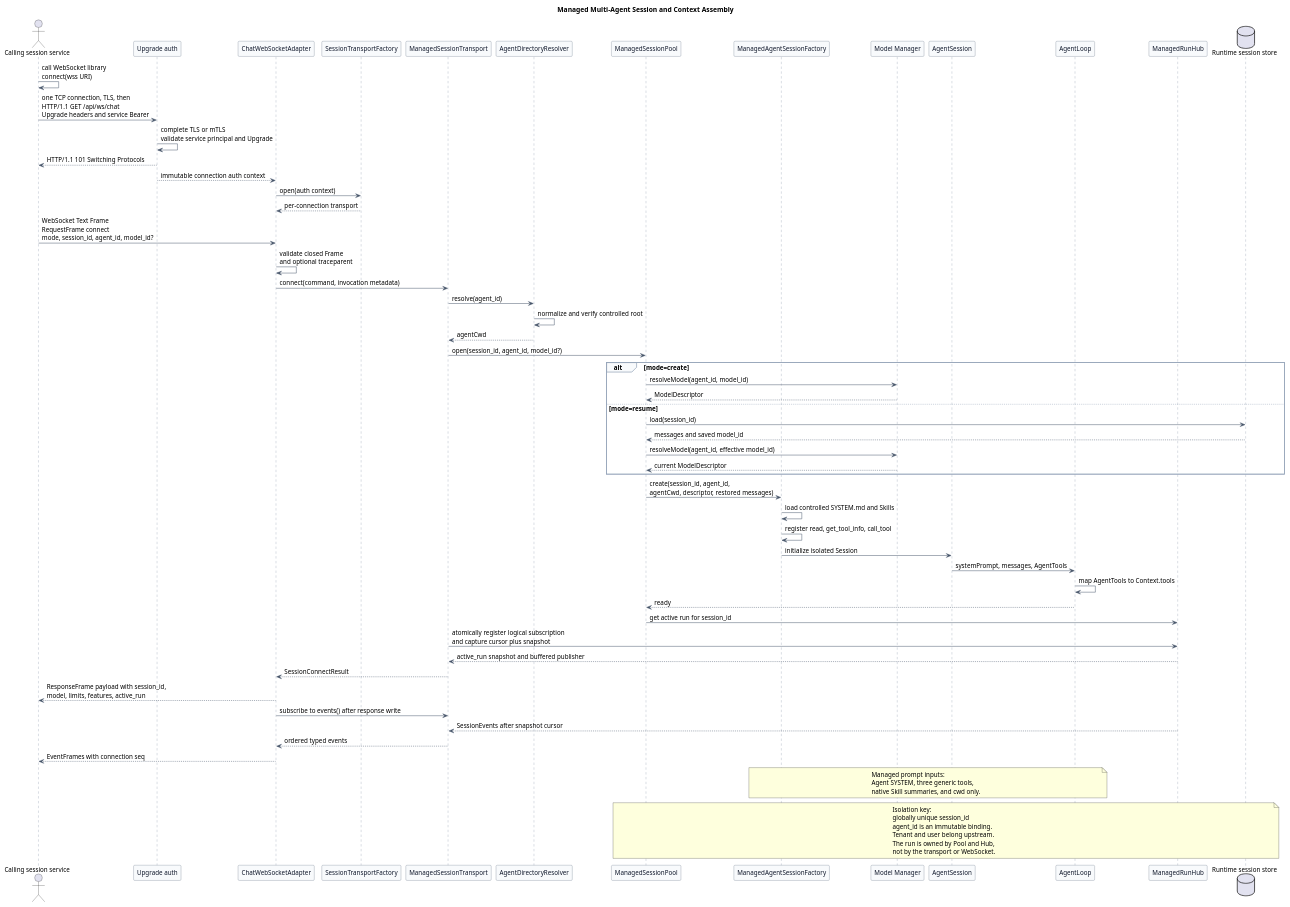
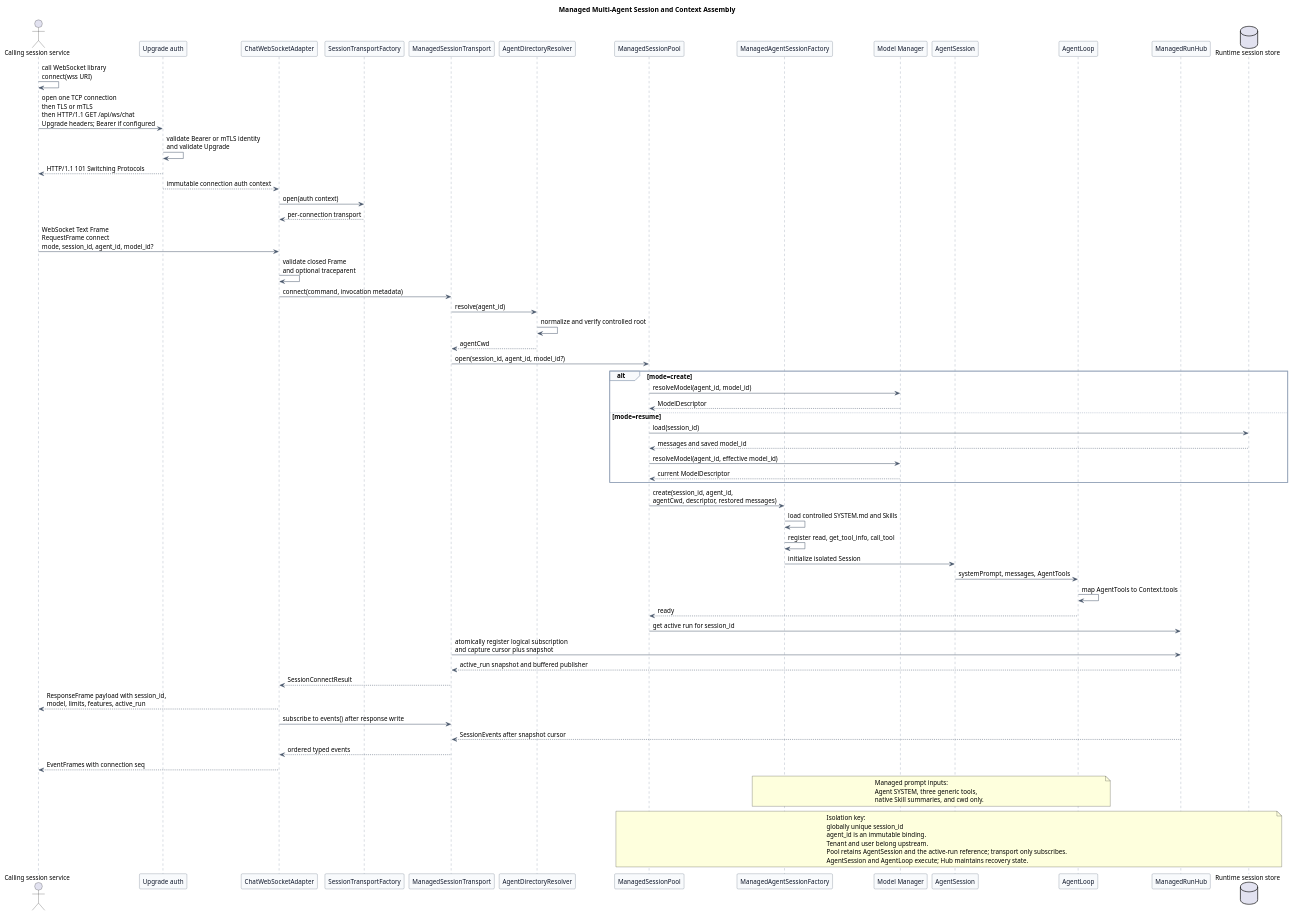
One commit to superheromeZzh/pi-mono-java-design changed the second of 6 diagrams in pi-mono-java-manager-driven-multi-agent-runtime/diagram.puml. Above: the diagram before and after it, drawn with PlantUML. The commit also changed other lines of this file and 8 other files, not shown here.

```diff
--- a/pi-mono-java-manager-driven-multi-agent-runtime/diagram.puml
+++ b/pi-mono-java-manager-driven-multi-agent-runtime/diagram.puml
@@ -77,107 +77,107 @@
 @startuml managed_session_context_assembly
 title Managed Multi-Agent Session and Context Assembly
 
 ' Source evidence:
 ' pi-mono packages/ai/src/types.ts: Context
 ' pi-mono packages/coding-agent/src/core/system-prompt.ts: buildSystemPrompt
 ' pi-mono-java modules/coding-agent-cli/src/main/java/com/campusclaw/codingagent/session/AgentSession.java: initialize
 ' pi-mono-java modules/coding-agent-cli/src/main/java/com/campusclaw/codingagent/mode/server/SessionPool.java: getOrCreate
 ' pi-mono-java modules/coding-agent-cli/src/main/java/com/campusclaw/codingagent/mode/server/ServerMode.java: websocket route
 ' pi-mono-java modules/coding-agent-cli/src/main/java/com/campusclaw/codingagent/mode/server/ChatWebSocketHandler.java: handle
 ' pi-mono-java modules/agent-core/src/main/java/com/campusclaw/agent/loop/AgentLoop.java: invokeModel, toLlmTools
 ' Observed behavior: Java currently reads conversation_id during Upgrade and uses one base cwd.
 ' Java divergence: v2 authenticates Upgrade and maps closed Frames to a server-side SessionTransport.
 ' Architecture change: ManagedSessionTransport owns logical connection state; WebSocket is an adapter.
 ' Target design: globally unique session_id is the only SessionPool key; tenant and user stay upstream.
 ' Target design: a wss URI starts establishment; HTTP 101 establishes WebSocket transport.
 ' Target design: HTTP Upgrade and the first connect RequestFrame are separate protocol phases.
 ' Design reason: isolate prompt, model, tool, persistence, and run recovery across Agents.
 
 skinparam backgroundColor #FFFFFF
 skinparam shadowing false
 skinparam defaultFontName Arial
 skinparam defaultFontSize 13
 skinparam participant {
   BackgroundColor #F8FAFC
   BorderColor #475569
   FontColor #0F172A
 }
 skinparam ArrowColor #475569
 skinparam sequence {
   LifeLineBorderColor #64748B
   LifeLineBackgroundColor #F8FAFC
   GroupBorderColor #94A3B8
   GroupBackgroundColor #F8FAFC
 }
 
 actor "Calling session service" as Client
 participant "Upgrade auth" as Auth
 participant "ChatWebSocketAdapter" as WS
 participant "SessionTransportFactory" as TransportFactory
 participant "ManagedSessionTransport" as Transport
 participant "AgentDirectoryResolver" as Resolver
 participant "ManagedSessionPool" as Pool
 participant "ManagedAgentSessionFactory" as Factory
 participant "Model Manager" as ModelManager
 participant "AgentSession" as Session
 participant "AgentLoop" as Loop
 participant "ManagedRunHub" as Hub
 database "Runtime session store" as Store
 
 Client -> Client : call WebSocket library\nconnect(wss URI)
-Client -> Auth : one TCP connection, TLS, then\nHTTP/1.1 GET /api/ws/chat\nUpgrade headers and service Bearer
-Auth -> Auth : complete TLS or mTLS\nvalidate service principal and Upgrade
+Client -> Auth : open one TCP connection\nthen TLS or mTLS\nthen HTTP/1.1 GET /api/ws/chat\nUpgrade headers; Bearer if configured
+Auth -> Auth : validate Bearer or mTLS identity\nand validate Upgrade
 Auth --> Client : HTTP/1.1 101 Switching Protocols
 Auth --> WS : immutable connection auth context
 WS -> TransportFactory : open(auth context)
 TransportFactory --> WS : per-connection transport
 Client -> WS : WebSocket Text Frame\nRequestFrame connect\nmode, session_id, agent_id, model_id?
 WS -> WS : validate closed Frame\nand optional traceparent
 WS -> Transport : connect(command, invocation metadata)
 Transport -> Resolver : resolve(agent_id)
 Resolver -> Resolver : normalize and verify controlled root
 Resolver --> Transport : agentCwd
 Transport -> Pool : open(session_id, agent_id, model_id?)
 
 alt mode=create
   Pool -> ModelManager : resolveModel(agent_id, model_id)
   ModelManager --> Pool : ModelDescriptor
 else mode=resume
   Pool -> Store : load(session_id)
   Store --> Pool : messages and saved model_id
   Pool -> ModelManager : resolveModel(agent_id, effective model_id)
   ModelManager --> Pool : current ModelDescriptor
 end
 
 Pool -> Factory : create(session_id, agent_id,\nagentCwd, descriptor, restored messages)
 Factory -> Factory : load controlled SYSTEM.md and Skills
 Factory -> Factory : register read, get_tool_info, call_tool
 Factory -> Session : initialize isolated Session
 Session -> Loop : systemPrompt, messages, AgentTools
 Loop -> Loop : map AgentTools to Context.tools
 Loop --> Pool : ready
 Pool -> Hub : get active run for session_id
 Transport -> Hub : atomically register logical subscription\nand capture cursor plus snapshot
 Hub --> Transport : active_run snapshot and buffered publisher
 Transport --> WS : SessionConnectResult
 WS --> Client : ResponseFrame payload with session_id,\nmodel, limits, features, active_run
 WS -> Transport : subscribe to events() after response write
 Hub --> Transport : SessionEvents after snapshot cursor
 Transport --> WS : ordered typed events
 WS --> Client : EventFrames with connection seq
 
 note over Factory,Loop
 Managed prompt inputs:
 Agent SYSTEM, three generic tools,
 native Skill summaries, and cwd only.
 end note
 
 note over Pool,Store
 Isolation key:
 globally unique session_id
 agent_id is an immutable binding.
 Tenant and user belong upstream.
-The run is owned by Pool and Hub,
-not by the transport or WebSocket.
+Pool retains AgentSession and the active-run reference; transport only subscribes.
+AgentSession and AgentLoop execute; Hub maintains recovery state.
 end note
 @enduml
```
